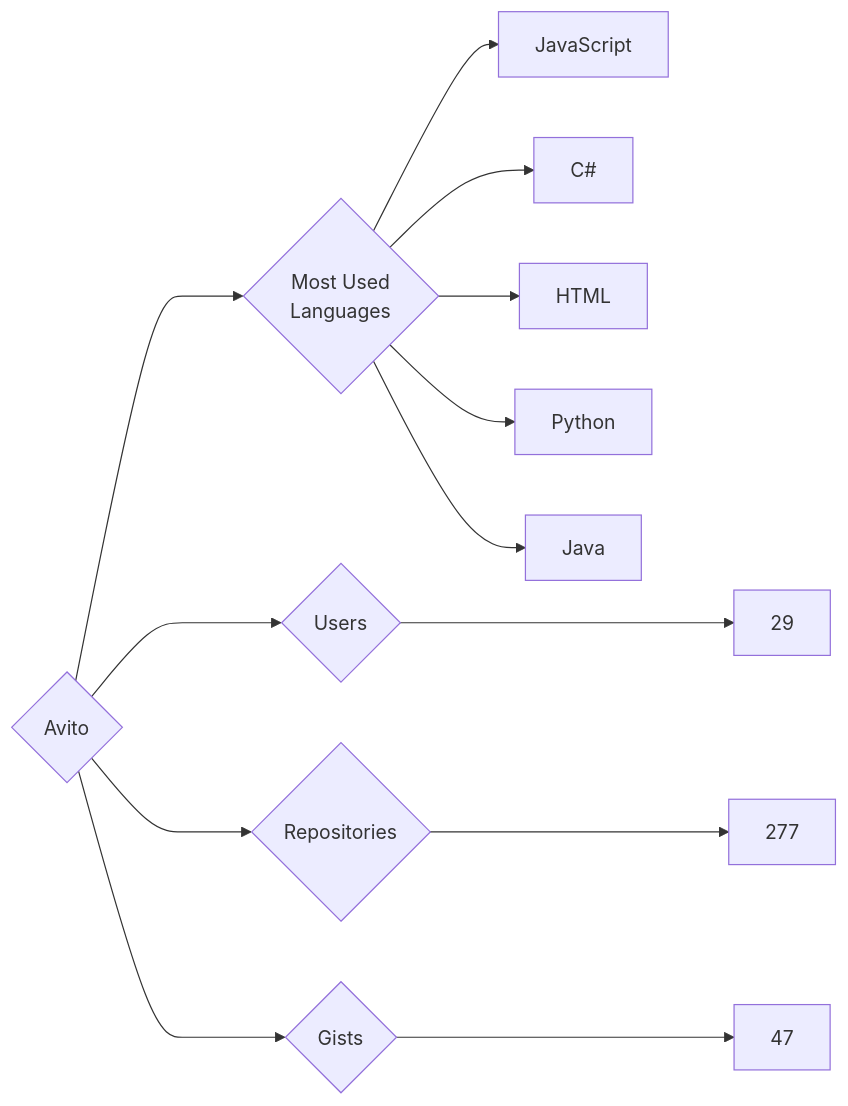
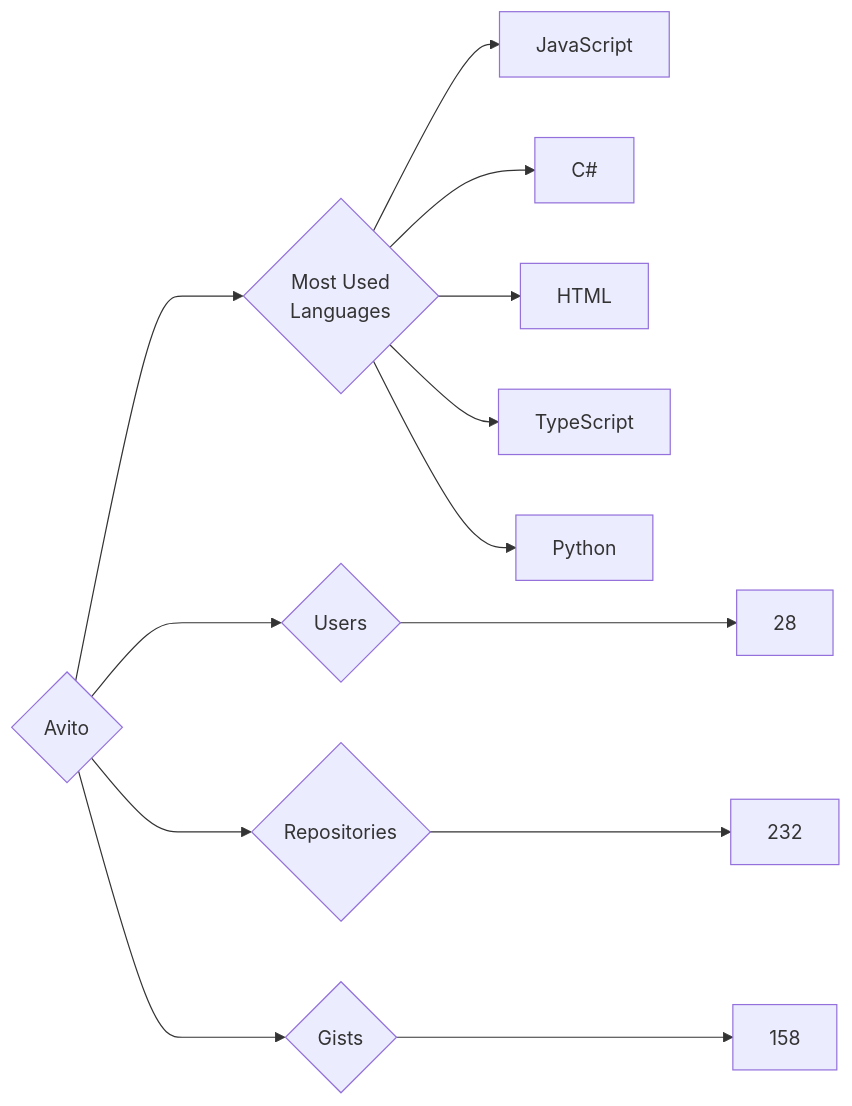
Before and after one commit to trickest/insiders: the diagram in targets/Avito/README.md, drawn with Mermaid. The commit also changed 894 other files, not shown here.

````diff
--- a/targets/Avito/README.md
+++ b/targets/Avito/README.md
@@ -3,13 +3,13 @@
 ```mermaid
 graph LR
 COMPANY_NAME{Avito}
-COMPANY_NAME ---> U{Users} ---> UN[29]
-COMPANY_NAME ---> R{Repositories} ---> RN[277]
-COMPANY_NAME ---> G{Gists} ---> GN[47]
+COMPANY_NAME ---> U{Users} ---> UN[28]
+COMPANY_NAME ---> R{Repositories} ---> RN[232]
+COMPANY_NAME ---> G{Gists} ---> GN[158]
 COMPANY_NAME ---> ML{Most Used<br>Languages}
 ML --> JavaScript[JavaScript]
 ML --> C#[C#]
 ML --> HTML[HTML]
+ML --> TypeScript[TypeScript]
 ML --> Python[Python]
-ML --> Java[Java]
 ```
````
